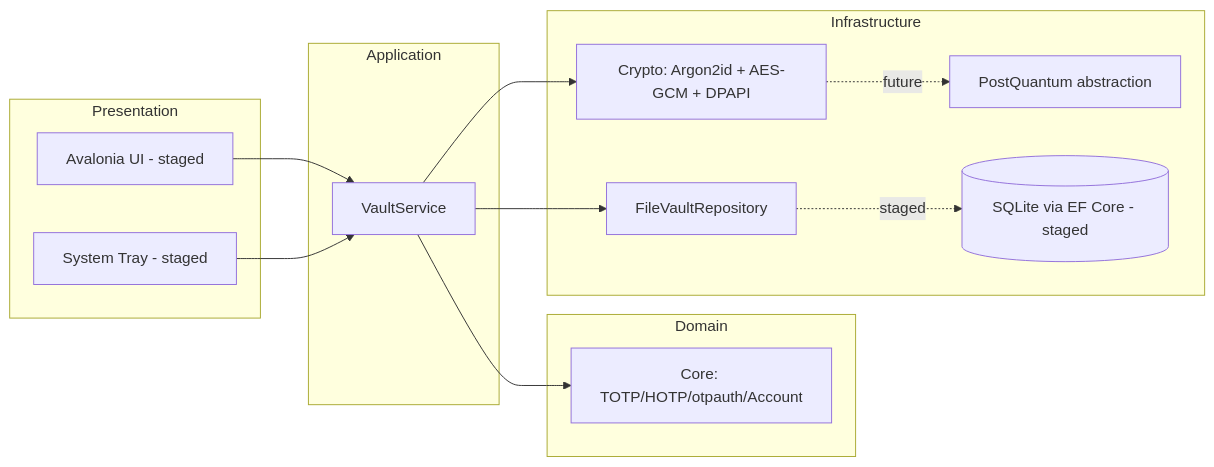
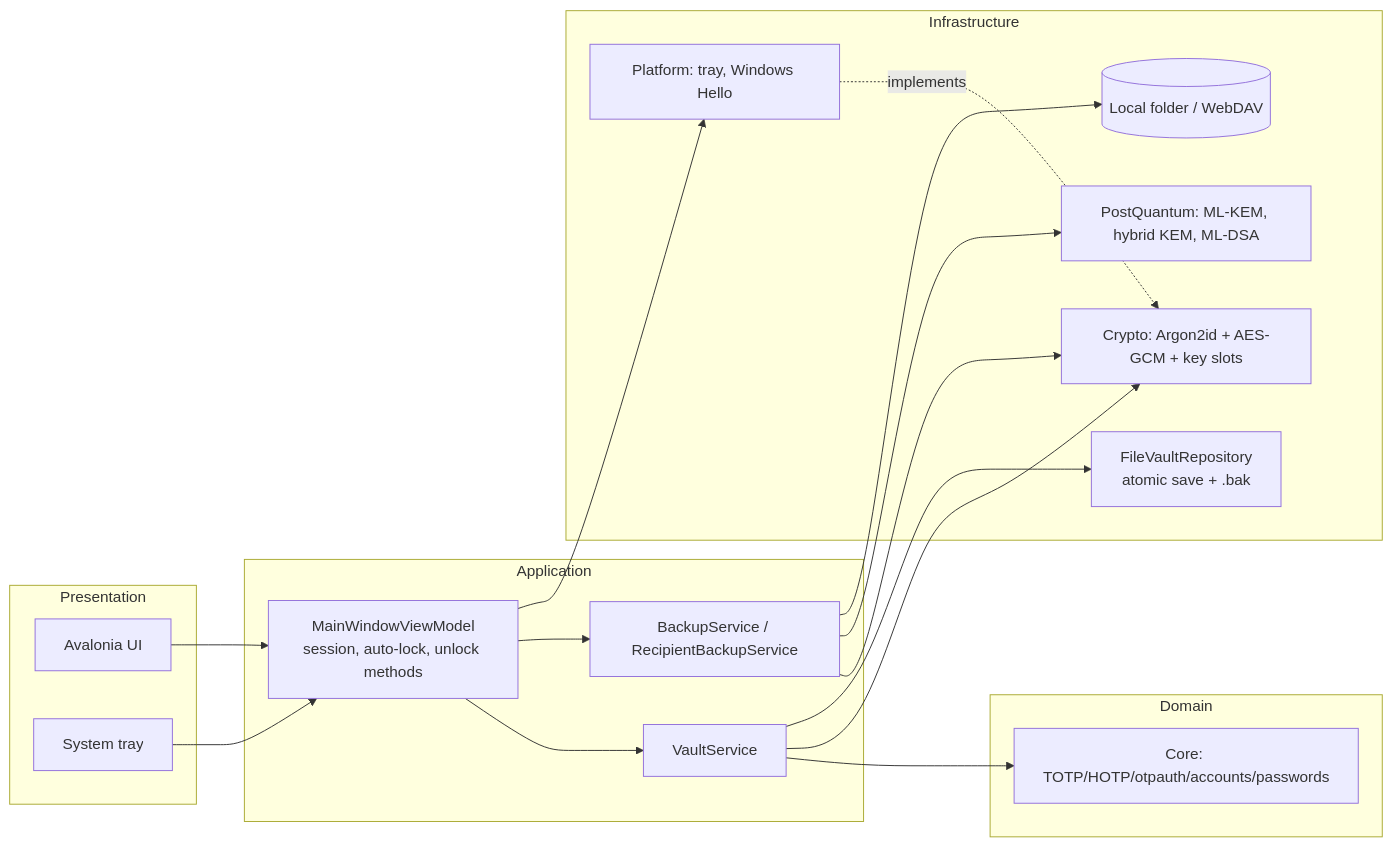
Before and after one commit to GabrielVergara/MasterSafeAuthenticator: the diagram in docs/Architecture.md, drawn with Mermaid. The commit also changed other lines of this file and 75 other files, not shown here.

````diff
--- a/docs/Architecture.md
+++ b/docs/Architecture.md
@@ -3,27 +3,35 @@
 ```mermaid
 flowchart LR
     subgraph Presentation
-        UI[Avalonia UI - staged]
-        Tray[System Tray - staged]
+        UI[Avalonia UI]
+        Tray[System tray]
     end
     subgraph Application
+        VM[MainWindowViewModel<br/>session, auto-lock, unlock methods]
         VS[VaultService]
+        BS[BackupService / RecipientBackupService]
     end
     subgraph Domain
-        Core[Core: TOTP/HOTP/otpauth/Account]
+        Core[Core: TOTP/HOTP/otpauth/accounts/passwords]
     end
     subgraph Infrastructure
-        Crypto[Crypto: Argon2id + AES-GCM + DPAPI]
-        Repo[FileVaultRepository]
-        PQ[PostQuantum abstraction]
-        DB[(SQLite via EF Core - staged)]
+        Crypto[Crypto: Argon2id + AES-GCM + key slots]
+        Repo[FileVaultRepository<br/>atomic save + .bak]
+        PQ[PostQuantum: ML-KEM, hybrid KEM, ML-DSA]
+        Plat[Platform: tray, Windows Hello]
+        Cloud[(Local folder / WebDAV)]
     end
 
-    UI --> VS
-    Tray --> VS
+    UI --> VM
+    Tray --> VM
+    VM --> VS
+    VM --> BS
+    VM --> Plat
     VS --> Core
     VS --> Crypto
     VS --> Repo
-    Crypto -.future.-> PQ
-    Repo -.staged.-> DB
+    BS --> Crypto
+    BS --> PQ
+    BS --> Cloud
+    Plat -.implements.-> Crypto
 ```
````
